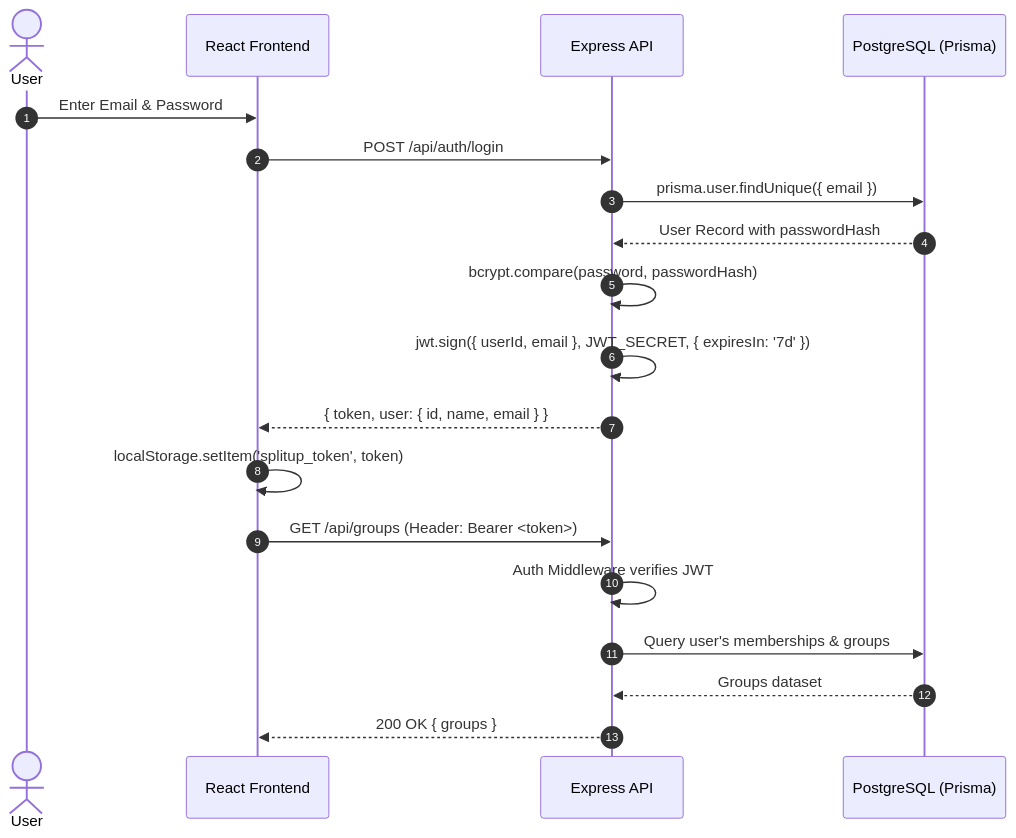
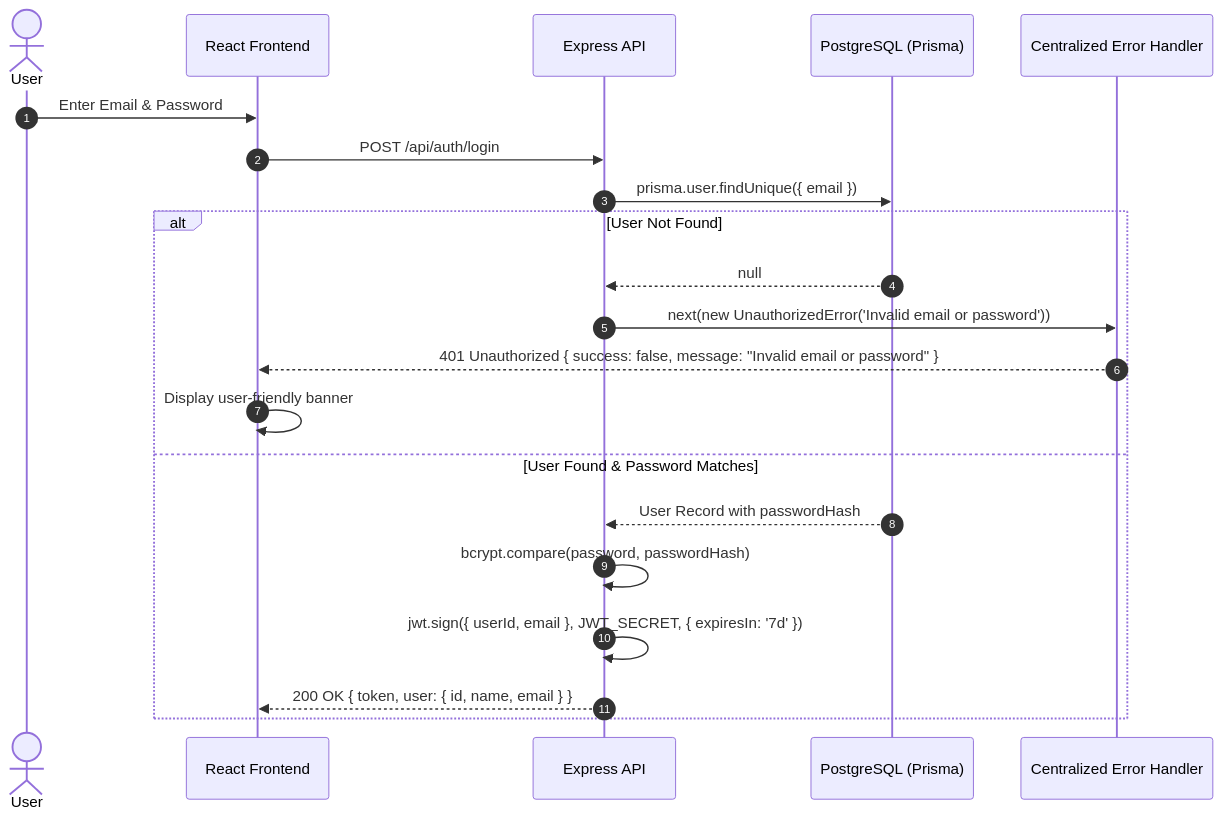
One commit to jovabsabus130-alt/splitup changed the third of 4 diagrams in HLD.md. Above: the diagram before and after it, drawn with Mermaid. The commit also changed other lines of this file and 2 other files, not shown here.

Commit message:
docs: update PRD, HLD, and LLD with comprehensive server-side error handling architecture

````diff
--- a/HLD.md
+++ b/HLD.md
@@ -62,22 +112,24 @@
 ```mermaid
 sequenceDiagram
   autonumber
   actor User
   participant UI as React Frontend
   participant API as Express API
   participant DB as PostgreSQL (Prisma)
+  participant ErrMW as Centralized Error Handler
 
   User->>UI: Enter Email & Password
   UI->>API: POST /api/auth/login
   API->>DB: prisma.user.findUnique({ email })
-  DB-->>API: User Record with passwordHash
-  API->>API: bcrypt.compare(password, passwordHash)
-  API->>API: jwt.sign({ userId, email }, JWT_SECRET, { expiresIn: '7d' })
-  API-->>UI: { token, user: { id, name, email } }
-  UI->>UI: localStorage.setItem('splitup_token', token)
-  UI->>API: GET /api/groups (Header: Bearer <token>)
-  API->>API: Auth Middleware verifies JWT
-  API->>DB: Query user's memberships & groups
-  DB-->>API: Groups dataset
-  API-->>UI: 200 OK { groups }
+  alt User Not Found
+    DB-->>API: null
+    API->>ErrMW: next(new UnauthorizedError('Invalid email or password'))
+    ErrMW-->>UI: 401 Unauthorized { success: false, message: "Invalid email or password" }
+    UI->>UI: Display user-friendly banner
+  else User Found & Password Matches
+    DB-->>API: User Record with passwordHash
+    API->>API: bcrypt.compare(password, passwordHash)
+    API->>API: jwt.sign({ userId, email }, JWT_SECRET, { expiresIn: '7d' })
+    API-->>UI: 200 OK { token, user: { id, name, email } }
+  end
 ```
````
